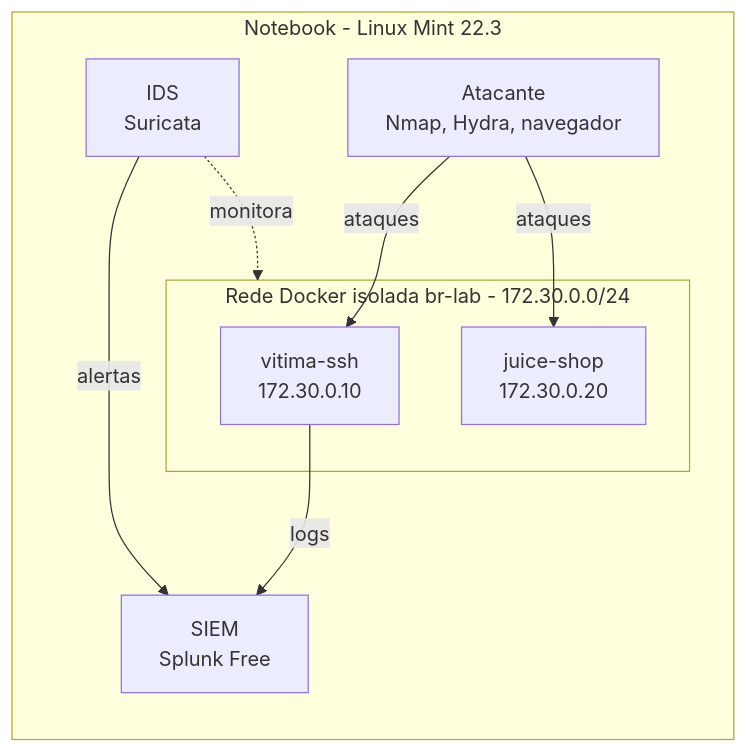
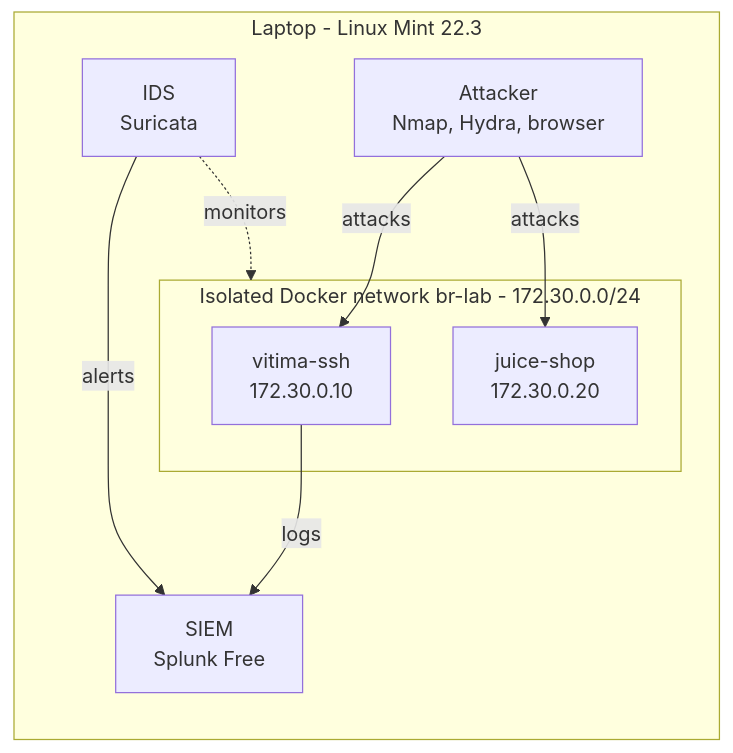
Before and after one commit to luizfleandro/soc-home-lab: the diagram in README.md, drawn with Mermaid. The commit also changed other lines of this file, not shown here.

````diff
--- a/README.md
+++ b/README.md
@@ -9,17 +9,17 @@
 ```mermaid
 flowchart LR
-    subgraph HOST["Notebook - Linux Mint 22.3"]
-        ATK["Atacante<br/>Nmap, Hydra, navegador"]
+    subgraph HOST["Laptop - Linux Mint 22.3"]
+        ATK["Attacker<br/>Nmap, Hydra, browser"]
         SPLUNK["SIEM<br/>Splunk Free"]
         IDS["IDS<br/>Suricata"]
-        subgraph LAB["Rede Docker isolada br-lab - 172.30.0.0/24"]
+        subgraph LAB["Isolated Docker network br-lab - 172.30.0.0/24"]
             SSH["vitima-ssh<br/>172.30.0.10"]
             JUICE["juice-shop<br/>172.30.0.20"]
         end
     end
-    ATK -->|ataques| SSH
-    ATK -->|ataques| JUICE
-    IDS -.->|monitora| LAB
+    ATK -->|attacks| SSH
+    ATK -->|attacks| JUICE
+    IDS -.->|monitors| LAB
     SSH -->|logs| SPLUNK
-    IDS -->|alertas| SPLUNK
+    IDS -->|alerts| SPLUNK
 ```
````
